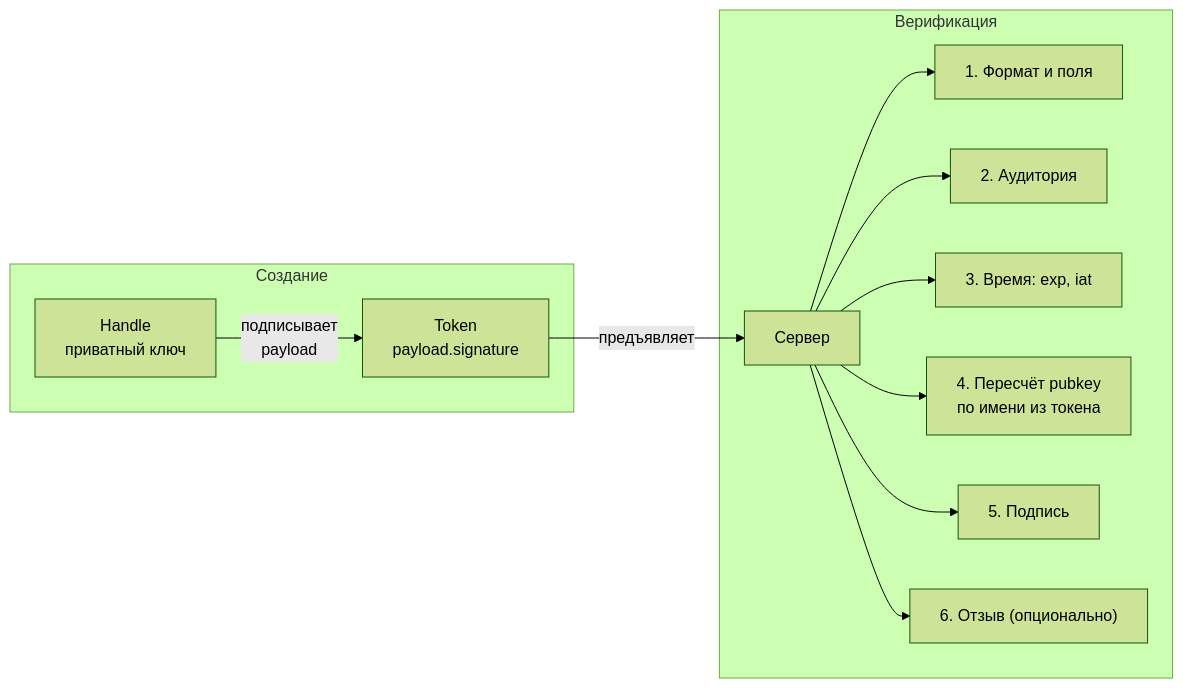
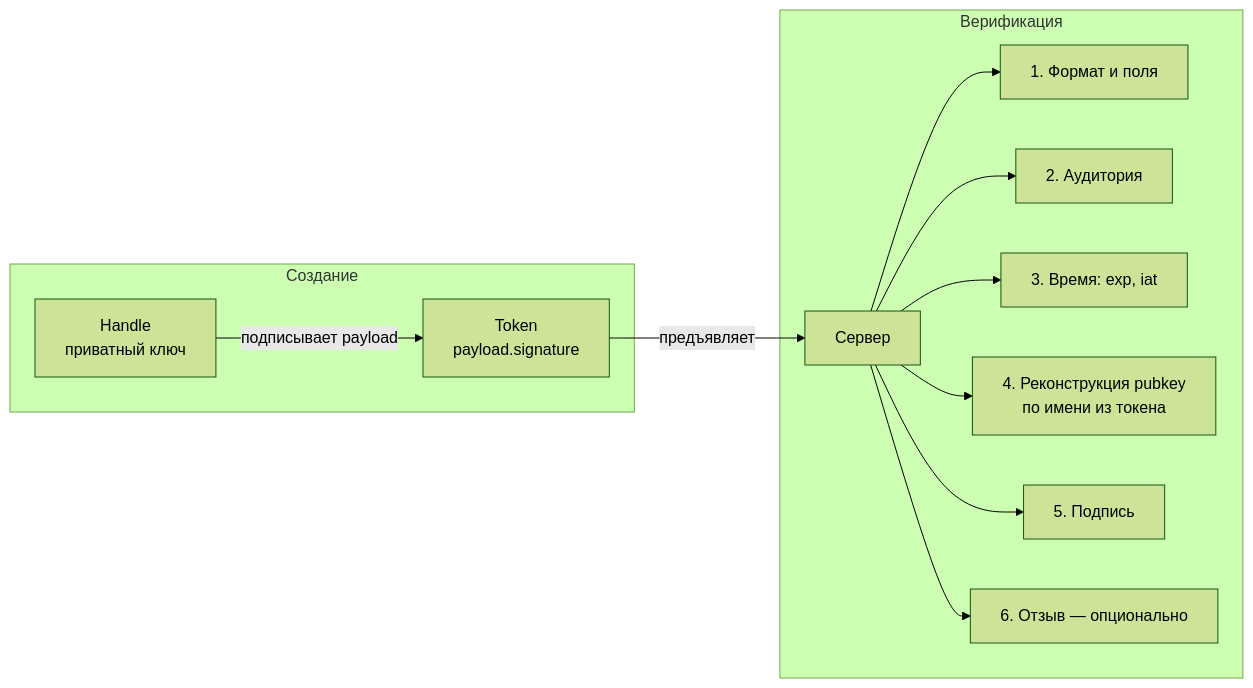
One commit to me2em-org/me2em-website changed the first of 2 diagrams in src/content/blog/ru/stateless-sessions-no-database.md. Above: the diagram before and after it, drawn with Mermaid (forest theme). The commit also changed other lines of this file and 13 other files, not shown here.

````diff
--- a/src/content/blog/ru/stateless-sessions-no-database.md
+++ b/src/content/blog/ru/stateless-sessions-no-database.md
@@ -45,15 +47,15 @@
 ```mermaid
 flowchart LR
-    subgraph Создание
-        H["Handle<br/>приватный ключ"] -->|"подписывает<br/>payload"| T["Token<br/>payload.signature"]
+    subgraph Creation ["Создание"]
+        H["Handle<br/>приватный ключ"] -->|"подписывает payload"| T["Token<br/>payload.signature"]
     end
-    T -->|"предъявляет"| V
-    subgraph Верификация
+    subgraph Verification ["Верификация"]
         V["Сервер"] --> P1["1. Формат и поля"]
         V --> P2["2. Аудитория"]
         V --> P3["3. Время: exp, iat"]
-        V --> P4["4. Пересчёт pubkey<br/>по имени из токена"]
+        V --> P4["4. Реконструкция pubkey<br/>по имени из токена"]
         V --> P5["5. Подпись"]
-        V --> P6["6. Отзыв (опционально)"]
+        V --> P6["6. Отзыв — опционально"]
     end
+    T -->|"предъявляет"| V
 ```
````
